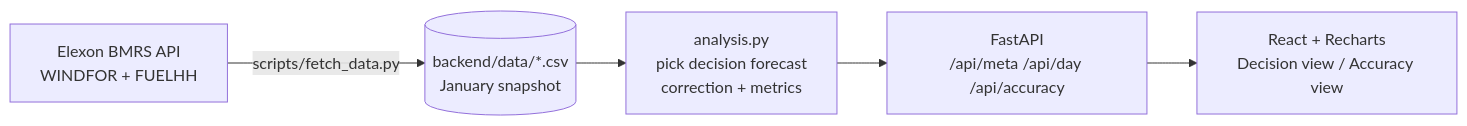
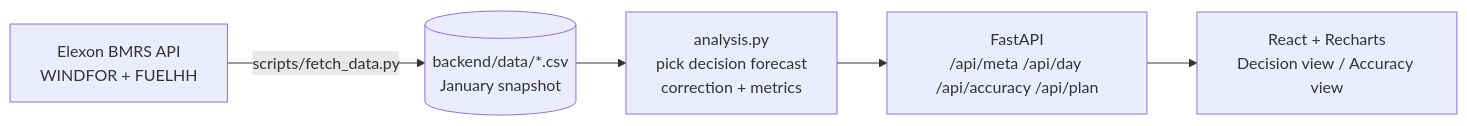
One commit to AdityaMedidala/drluam changed the diagram in README.md. Above: the diagram before and after it, drawn with Mermaid. The commit also changed other lines of this file and 2 other files, not shown here.

Commit message:
docs: backtest the plan hit rate on every development month
Nov 2025 - Sep 2026, app logic unchanged, vault untouched. Pooled hit rates
P50 50%, P70 67%, P80 76%, P90 84%, P95 89%: right at the median, short in
the tail. January from the script matches the API exactly.

````diff
--- a/README.md
+++ b/README.md
@@ -32,7 +32,7 @@
 ```mermaid
 flowchart LR
   E[Elexon BMRS API<br/>WINDFOR + FUELHH] -->|scripts/fetch_data.py| D[(backend/data/*.csv<br/>January snapshot)]
   D --> A[analysis.py<br/>pick decision forecast<br/>correction + metrics]
-  A --> API[FastAPI<br/>/api/meta /api/day /api/accuracy]
+  A --> API[FastAPI<br/>/api/meta /api/day /api/accuracy /api/plan]
   API --> UI[React + Recharts<br/>Decision view / Accuracy view]
 ```
````
